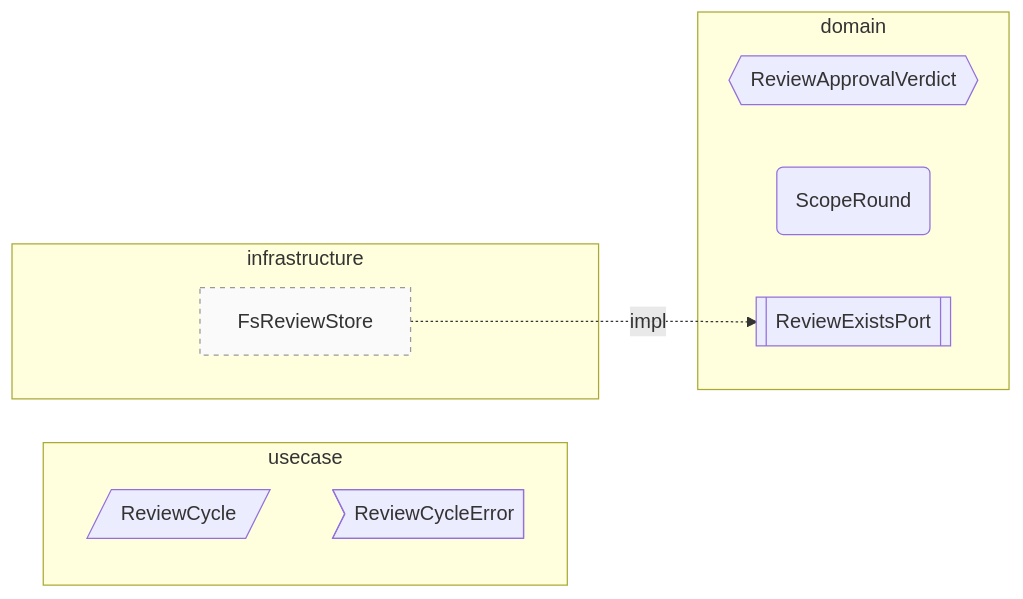
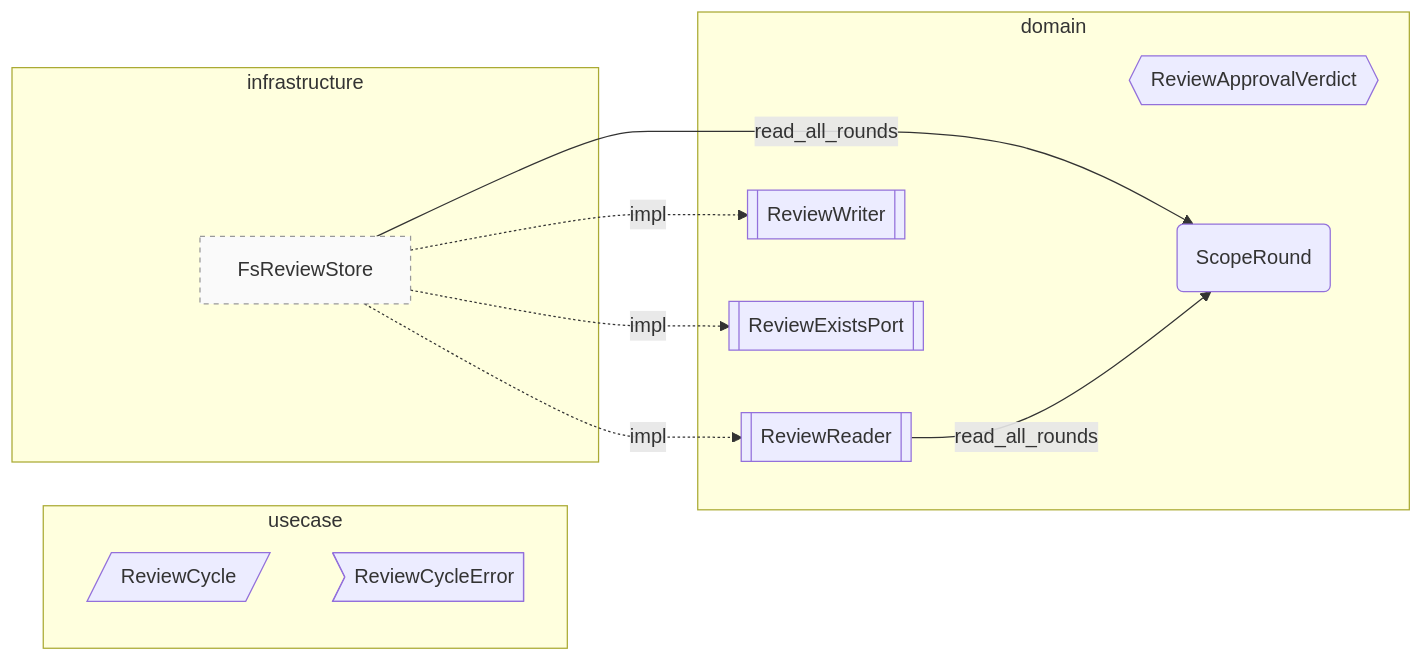
Before and after one commit to Flip451/SoTOHE-core: the diagram in track/items/review-results-command-2026-04-28/contract-map.md, drawn with Mermaid. The commit also changed 10 other files, not shown here.

First line of the commit message:
chore(track): catalogue 補強 — FsReviewStore Yellow→Blue + contract-map edges 補完

````diff
--- a/track/items/review-results-command-2026-04-28/contract-map.md
+++ b/track/items/review-results-command-2026-04-28/contract-map.md
@@ -1,21 +1,27 @@
 ```mermaid
 flowchart LR
     classDef secondary_adapter fill:#fafafa,stroke:#999,stroke-dasharray: 4 4
     classDef command fill:#e3f2fd,stroke:#1976d2
     classDef query fill:#f3e5f5,stroke:#8e24aa
     classDef factory fill:#fff8e1,stroke:#f9a825
     classDef free_function fill:#f1f8e9,stroke:#558b2f
     subgraph domain [domain]
         L6_domain_ReviewApprovalVerdict{{ReviewApprovalVerdict}}
         L6_domain_ScopeRound(ScopeRound)
+        L6_domain_ReviewReader[[ReviewReader]]
+        L6_domain_ReviewWriter[[ReviewWriter]]
         L6_domain_ReviewExistsPort[[ReviewExistsPort]]
     end
     subgraph usecase [usecase]
         L7_usecase_ReviewCycle[/ReviewCycle/]
         L7_usecase_ReviewCycleError>ReviewCycleError]
     end
     subgraph infrastructure [infrastructure]
         L14_infrastructure_FsReviewStore[FsReviewStore]:::secondary_adapter
     end
+    L14_infrastructure_FsReviewStore -->|"read_all_rounds"| L6_domain_ScopeRound
     L14_infrastructure_FsReviewStore -.impl.-> L6_domain_ReviewExistsPort
+    L14_infrastructure_FsReviewStore -.impl.-> L6_domain_ReviewReader
+    L14_infrastructure_FsReviewStore -.impl.-> L6_domain_ReviewWriter
+    L6_domain_ReviewReader -->|"read_all_rounds"| L6_domain_ScopeRound
 ```
````
